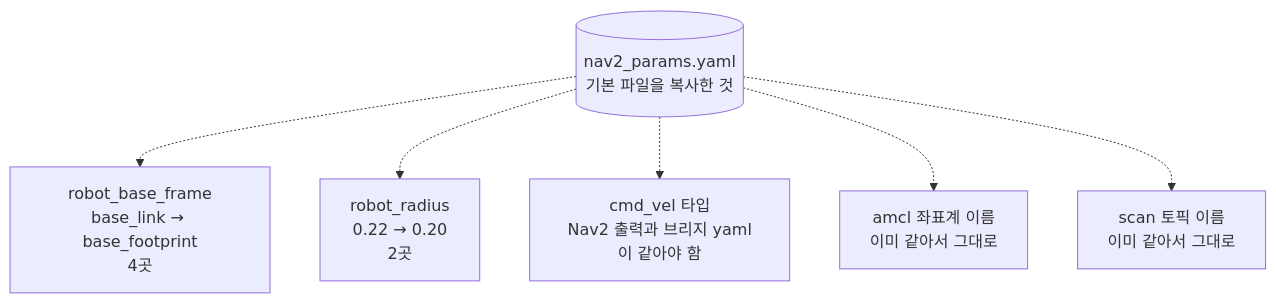
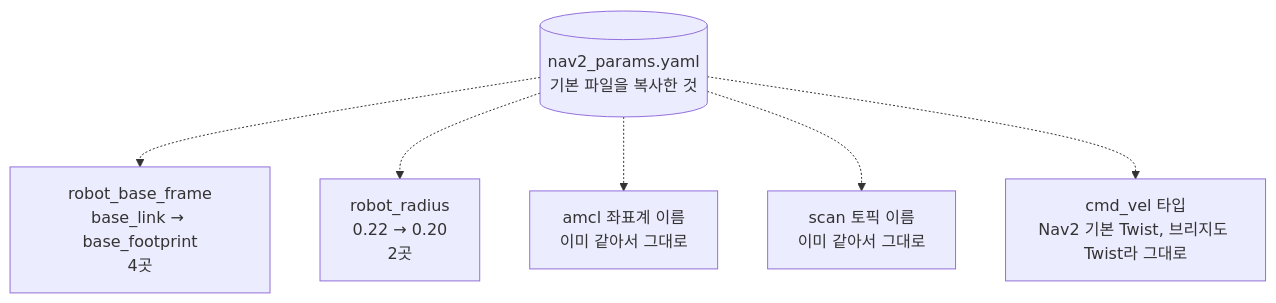
Before and after one commit to PJW-1/rosbook_guide: the third of 3 diagrams in ch17_mobile_robot_part2.md, drawn with Mermaid. The commit also changed other lines of this file and 4 other files, not shown here.

````diff
--- a/ch17_mobile_robot_part2.md
+++ b/ch17_mobile_robot_part2.md
@@ -81,14 +81,14 @@
 ```mermaid
 flowchart TB
   params[("nav2_params.yaml<br/>기본 파일을 복사한 것")]
   fix1["robot_base_frame<br/>base_link → base_footprint<br/>4곳"]
   fix2["robot_radius<br/>0.22 → 0.20<br/>2곳"]
-  fix3["cmd_vel 타입<br/>Nav2 출력과 브리지 yaml이 같아야 함"]
   keep1["amcl 좌표계 이름<br/>이미 같아서 그대로"]
   keep2["scan 토픽 이름<br/>이미 같아서 그대로"]
+  keep3["cmd_vel 타입<br/>Nav2 기본 Twist, 브리지도 Twist라 그대로"]
   params -.-> fix1
   params -.-> fix2
-  params -.-> fix3
   params -.-> keep1
   params -.-> keep2
+  params -.-> keep3
 ```
````
